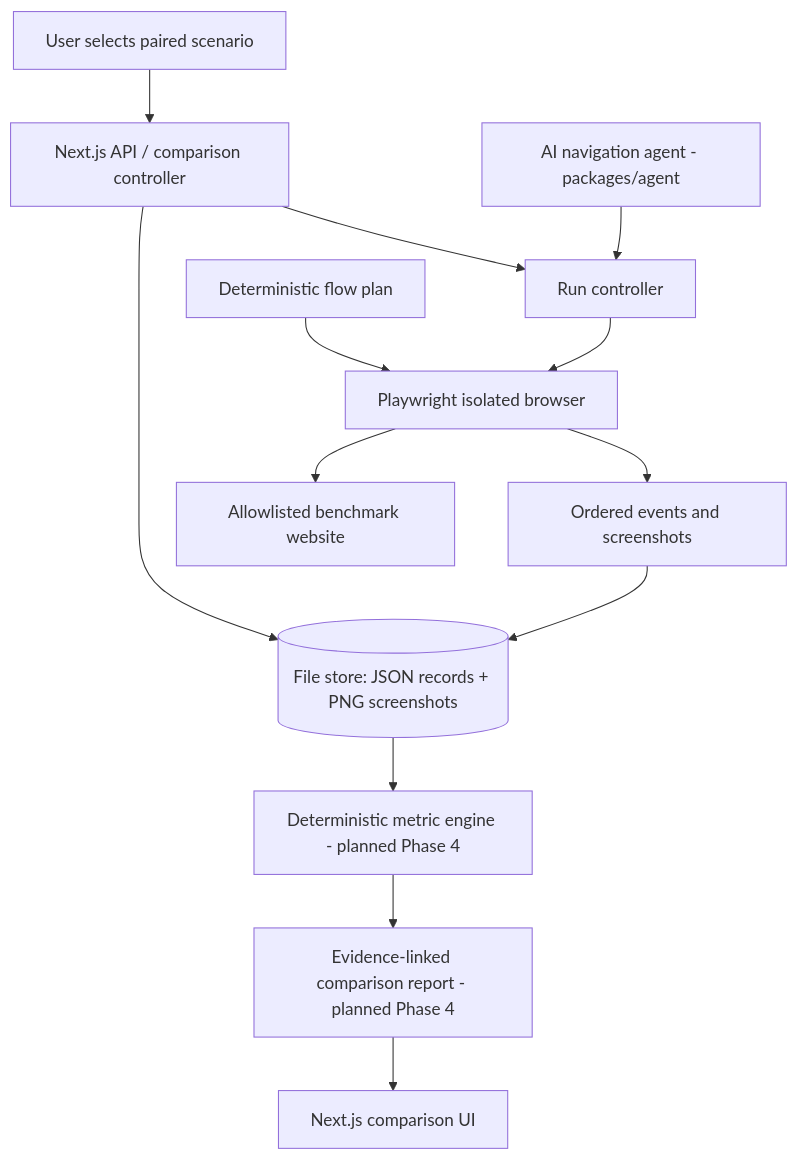
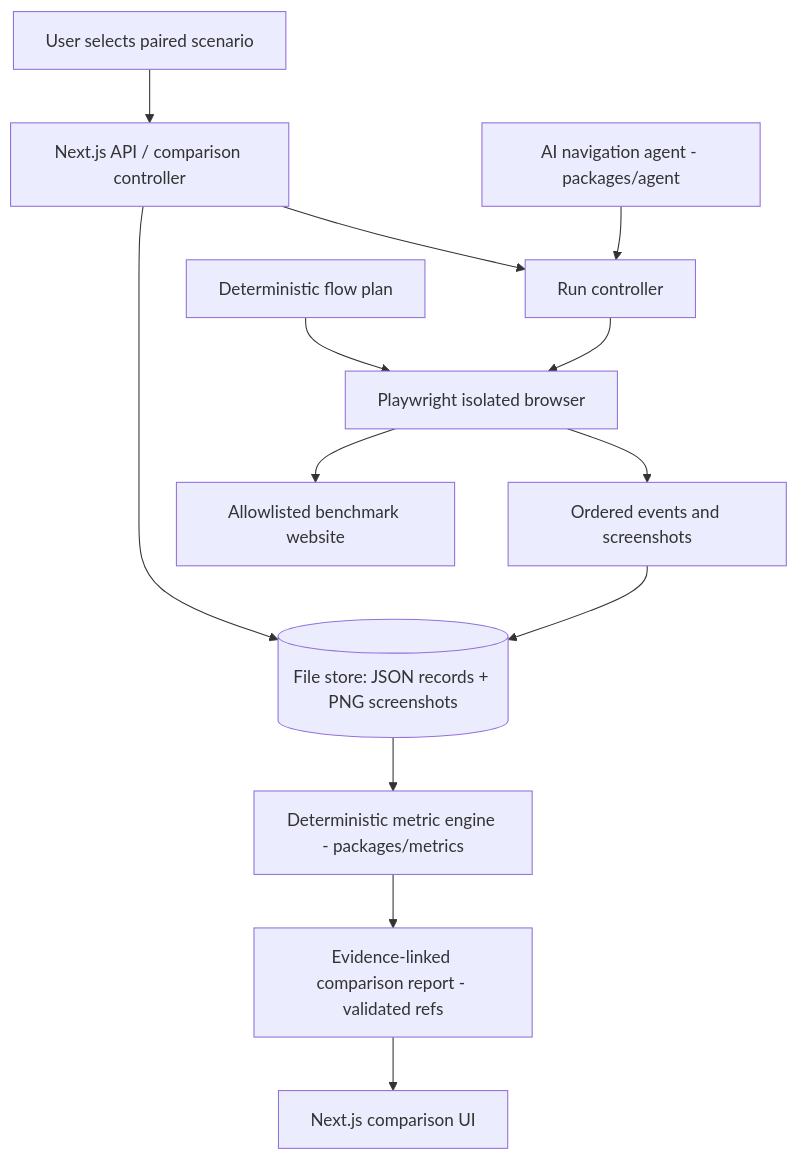
The first of 3 diagrams in docs/Architecture.md (1tsDaksh/choiceMirror), drawn with Mermaid before and after one commit. The commit also changed other lines of this file and 46 other files, not shown here.

First line of the commit message:
feat: Phase 4 comparison intelligence and evidence dashboard (#5)

````diff
--- a/docs/Architecture.md
+++ b/docs/Architecture.md
@@ -9,15 +9,15 @@
 ```mermaid
 flowchart TD
   U[User selects paired scenario] --> API[Next.js API / comparison controller]
   API --> DB[(File store: JSON records + PNG screenshots)]
   API --> Q[Run controller]
   Q --> P[Playwright isolated browser]
   F[Deterministic flow plan] --> P
   A[AI navigation agent - packages/agent] --> Q
   P --> B[Allowlisted benchmark website]
   P --> E[Ordered events and screenshots]
   E --> DB
-  DB --> S[Deterministic metric engine - planned Phase 4]
-  S --> R[Evidence-linked comparison report - planned Phase 4]
+  DB --> S[Deterministic metric engine - packages/metrics]
+  S --> R[Evidence-linked comparison report - validated refs]
   R --> UI[Next.js comparison UI]
 ```
````
